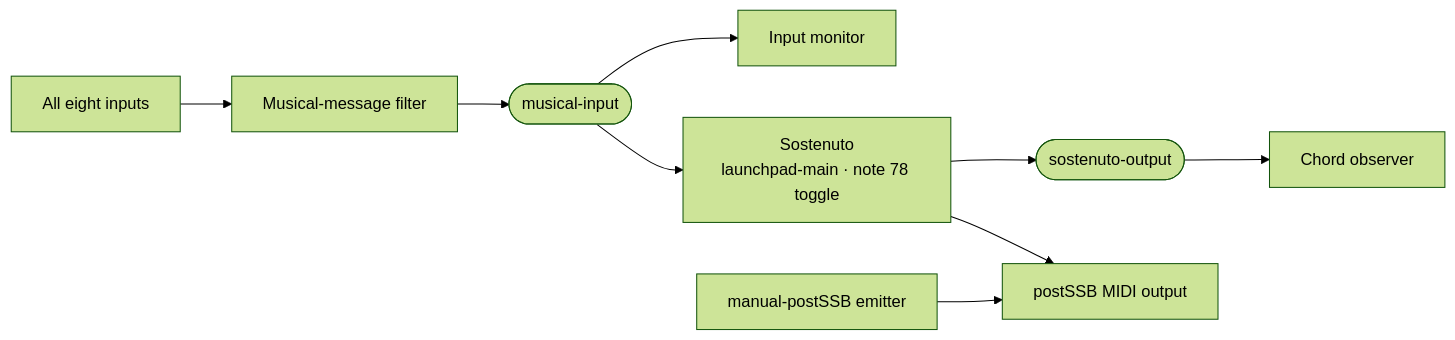
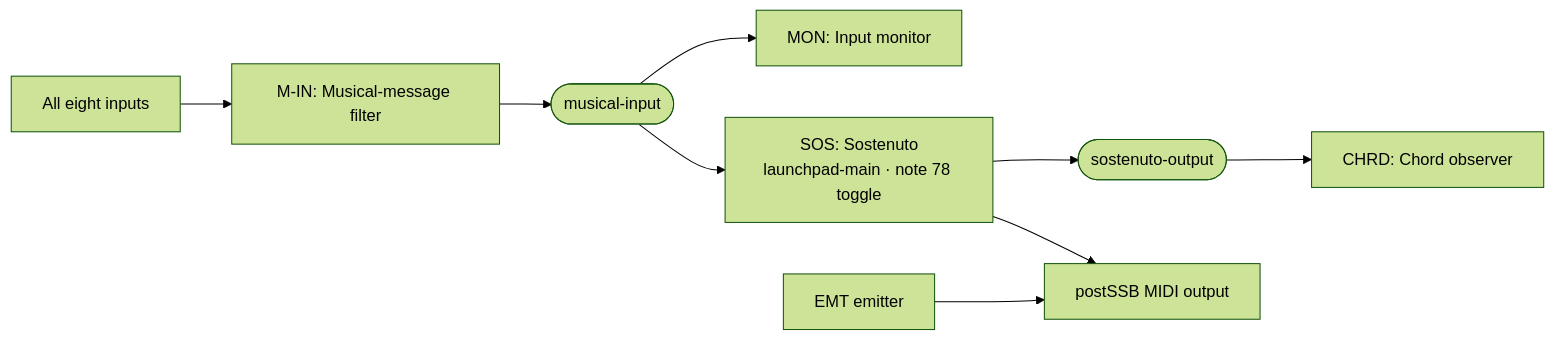
Before and after one commit to baalintnagy/midi-rat: the second of 2 diagrams in docs/sostenuto.md, drawn with Mermaid (forest theme). The commit also changed other lines of this file and 58 other files, not shown here.

````diff
--- a/docs/sostenuto.md
+++ b/docs/sostenuto.md
@@ -108,11 +123,11 @@
 ```mermaid
 flowchart LR
-    I[All eight inputs] --> F[Musical-message filter]
+    I[All eight inputs] --> F[M-IN: Musical-message filter]
     F --> B([musical-input])
-    B --> M[Input monitor]
-    B --> S["Sostenuto<br/>launchpad-main · note 78 toggle"]
+    B --> M[MON: Input monitor]
+    B --> S["SOS: Sostenuto<br/>launchpad-main · note 78 toggle"]
     S --> O([sostenuto-output])
-    O --> C[Chord observer]
+    O --> C[CHRD: Chord observer]
     S --> P[postSSB MIDI output]
-    E[manual-postSSB emitter] --> P
+    E[EMT emitter] --> P
 ```
````
